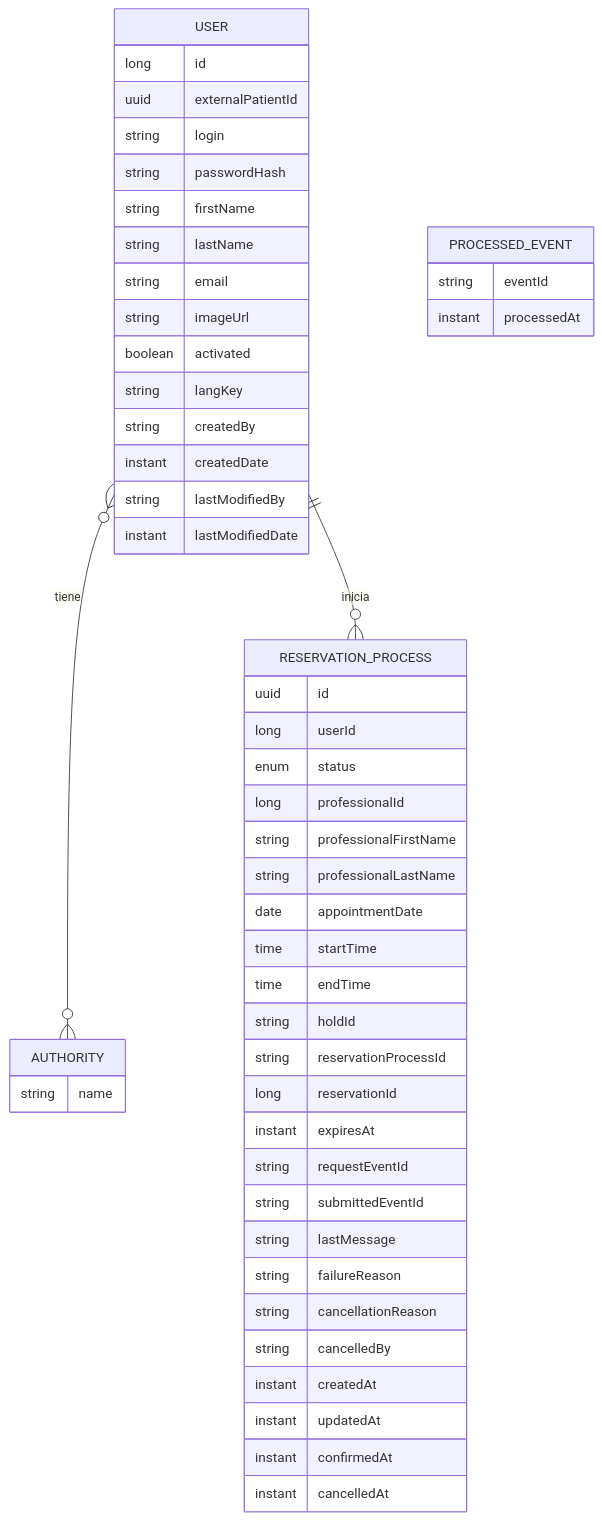
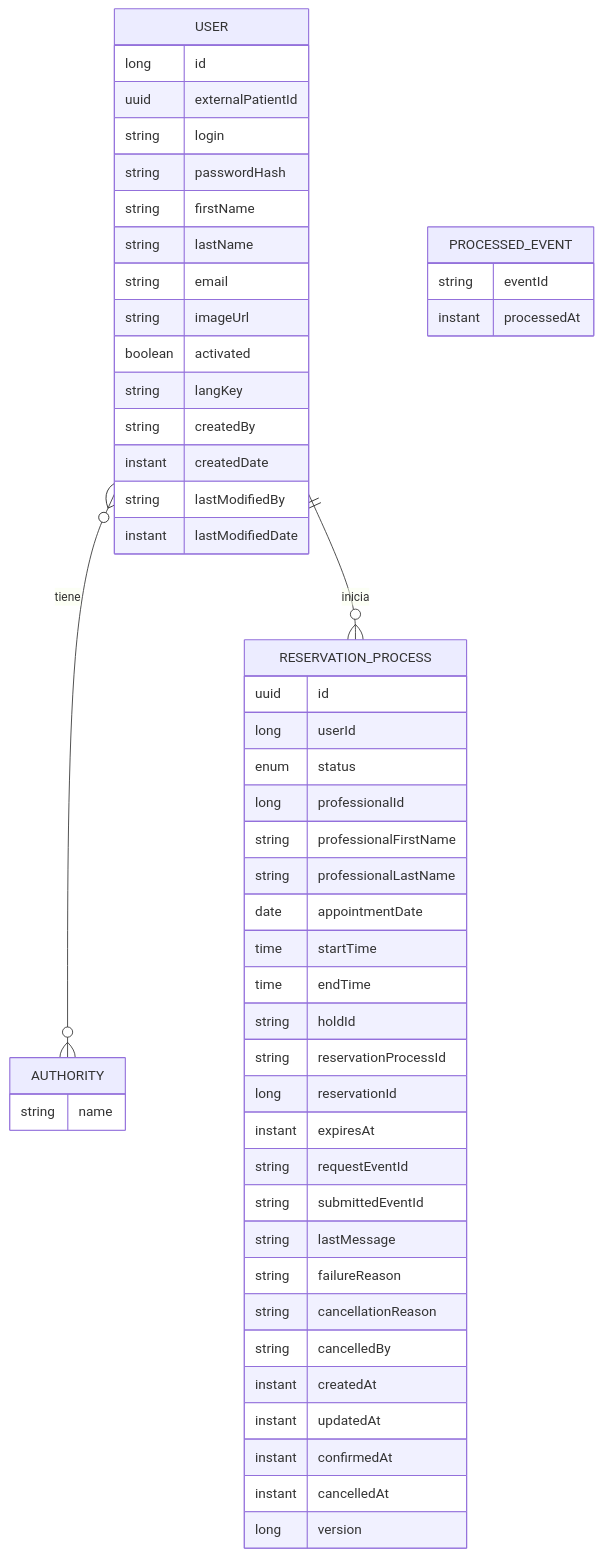
One commit to Martin-Salvatore-ProgII/docs changed the second of 2 diagrams in arq/modelo-db.md. Above: the diagram before and after it, drawn with Mermaid. The commit also changed other lines of this file and 2 other files, not shown here.

Commit message:
docs(adr): registrar el bloqueo optimista del proceso de reserva

````diff
--- a/arq/modelo-db.md
+++ b/arq/modelo-db.md
@@ -73,54 +73,55 @@
 ```mermaid
 erDiagram
     USER }o--o{ AUTHORITY : tiene
     USER ||--o{ RESERVATION_PROCESS : inicia
 
     USER {
         long id
         uuid externalPatientId
         string login
         string passwordHash
         string firstName
         string lastName
         string email
         string imageUrl
         boolean activated
         string langKey
         string createdBy
         instant createdDate
         string lastModifiedBy
         instant lastModifiedDate
     }
     AUTHORITY {
         string name
     }
     RESERVATION_PROCESS {
         uuid id
         long userId
         enum status
         long professionalId
         string professionalFirstName
         string professionalLastName
         date appointmentDate
         time startTime
         time endTime
         string holdId
         string reservationProcessId
         long reservationId
         instant expiresAt
         string requestEventId
         string submittedEventId
         string lastMessage
         string failureReason
         string cancellationReason
         string cancelledBy
         instant createdAt
         instant updatedAt
         instant confirmedAt
         instant cancelledAt
+        long version
     }
     PROCESSED_EVENT {
         string eventId
         instant processedAt
     }
 ```
````
